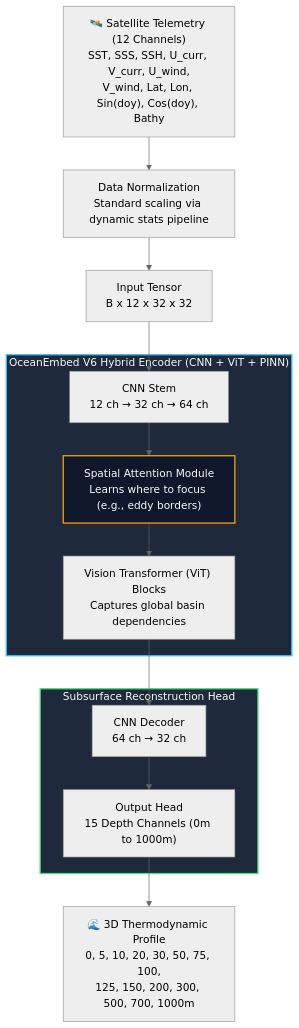
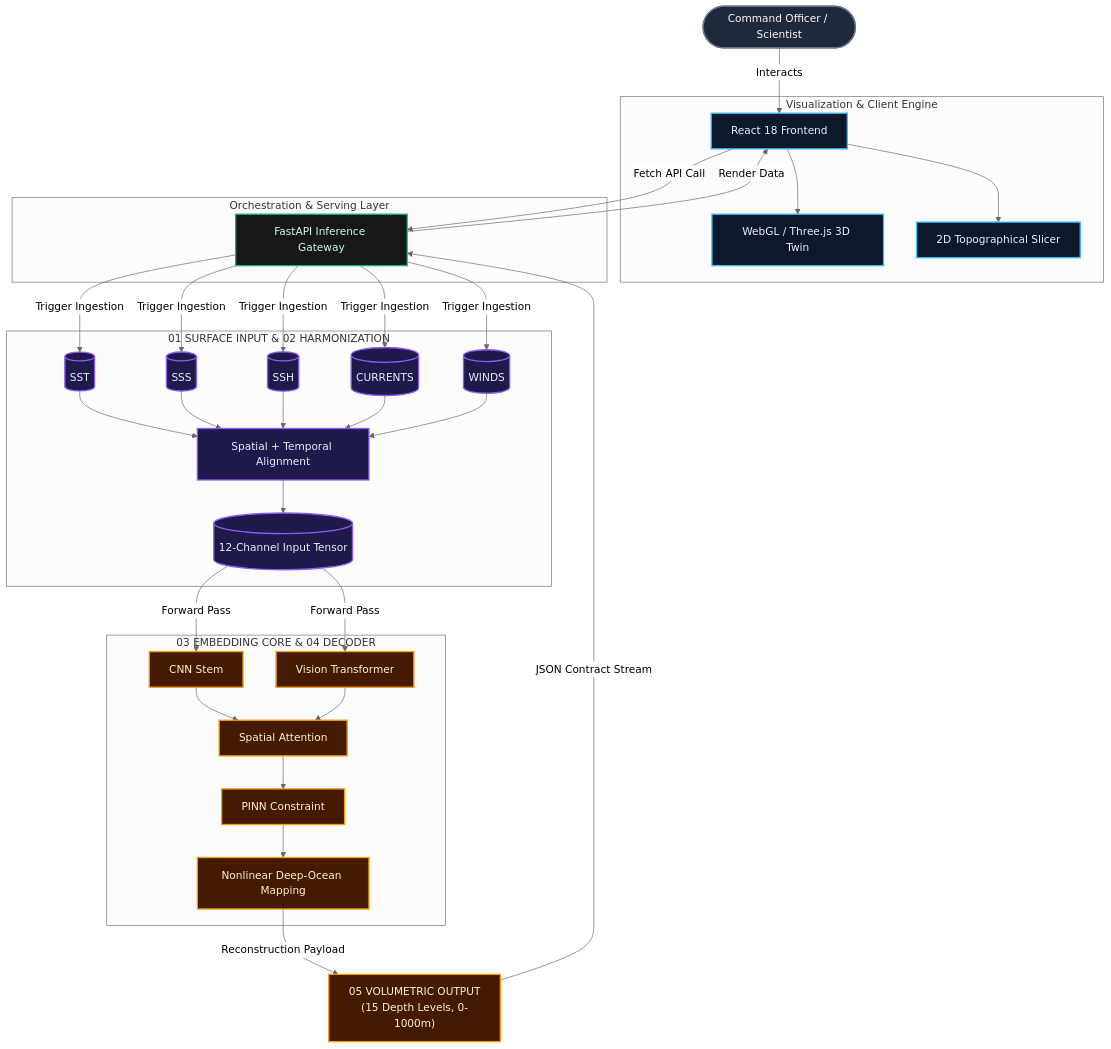
The diagram in README.md (Aditya6743/OceanEmbed), drawn with Mermaid (neutral theme) before and after one commit. The commit also changed 2 other files, not shown here.

Commit message:
fix: resolve Render pip build error and finalize documentation

````diff
--- a/README.md
+++ b/README.md
@@ -35,29 +35,68 @@
 ```mermaid
 flowchart TD
-    A["🛰️ Satellite Telemetry (12 Channels)\nSST, SSS, SSH, U_curr, V_curr, U_wind,\nV_wind, Lat, Lon, Sin(doy), Cos(doy), Bathy"] --> B
-
-    B["Data Normalization\nStandard scaling via dynamic stats pipeline"] --> C
-
-    C["Input Tensor\nB x 12 x 32 x 32"] --> D
-
-    subgraph ENCODER ["OceanEmbed V6 Hybrid Encoder (CNN + ViT + PINN)"]
-        D["CNN Stem\n12 ch → 32 ch → 64 ch"]
-        E["Spatial Attention Module\nLearns where to focus (e.g., eddy borders)"]
-        F["Vision Transformer (ViT) Blocks\nCaptures global basin dependencies"]
-        D --> E --> F
+    %% Complex Colored Styles
+    classDef actor fill:#1e293b,stroke:#64748b,stroke-width:2px,color:#f8fafc,rx:15px,ry:15px;
+    classDef interface fill:#0f172a,stroke:#38bdf8,stroke-width:2px,color:#e0f2fe;
+    classDef backend fill:#171717,stroke:#10b981,stroke-width:2px,color:#d1fae5;
+    classDef database fill:#1e1b4b,stroke:#8b5cf6,stroke-width:2px,color:#ede9fe;
+    classDef ml fill:#451a03,stroke:#f59e0b,stroke-width:2px,color:#fef3c7;
+    
+    USER(["Command Officer / Scientist"]):::actor
+    
+    %% Top Left
+    subgraph FRONTEND ["Visualization & Client Engine"]
+        UI["React 18 Frontend"]:::interface
+        WEBGL["WebGL / Three.js 3D Twin"]:::interface
+        SLICE["2D Topographical Slicer"]:::interface
+        
+        UI --> WEBGL
+        UI --> SLICE
     end
-
-    subgraph DECODER ["Subsurface Reconstruction Head"]
-        G["CNN Decoder\n64 ch → 32 ch"]
-        H["Output Head\n15 Depth Channels (0m to 1000m)"]
-        G --> H
+    
+    %% Top Right
+    subgraph API ["Orchestration & Serving Layer"]
+        GATEWAY["FastAPI Inference Gateway"]:::backend
     end
-
-    F --> G
-
-    H --> I["🌊 3D Thermodynamic Profile\n0, 5, 10, 20, 30, 50, 75, 100,\n125, 150, 200, 300, 500, 700, 1000m"]
-
-    style ENCODER fill:#1e293b,stroke:#38bdf8,stroke-width:2px,color:#f8fafc
-    style DECODER fill:#1e293b,stroke:#4ade80,stroke-width:2px,color:#f8fafc
-    style E fill:#0f172a,stroke:#f59e0b,stroke-width:2px,color:#f8fafc
+    
+    %% Bottom Left
+    subgraph DATA ["01 SURFACE INPUT & 02 HARMONIZATION"]
+        SST[("SST")]:::database
+        SSS[("SSS")]:::database
+        SSH[("SSH")]:::database
+        CUR[("CURRENTS")]:::database
+        WND[("WINDS")]:::database
+        
+        ALIGN["Spatial + Temporal Alignment"]:::database
+        TENSOR[("12-Channel Input Tensor")]:::database
+        
+        SST & SSS & SSH & CUR & WND --> ALIGN
+        ALIGN --> TENSOR
+    end
+    
+    %% Bottom Right
+    subgraph ML ["03 EMBEDDING CORE & 04 DECODER"]
+        CNN["CNN Stem"]:::ml
+        VIT["Vision Transformer"]:::ml
+        ATTN["Spatial Attention"]:::ml
+        PINN["PINN Constraint"]:::ml
+        DECODE["Nonlinear Deep-Ocean Mapping"]:::ml
+        
+        CNN --> ATTN
+        VIT --> ATTN
+        ATTN --> PINN
+        PINN --> DECODE
+    end
+    
+    %% Cross-Subgraph cycle to force square layout
+    USER -- "Interacts" --> UI
+    UI -- "Fetch API Call" --> GATEWAY
+    
+    GATEWAY -- "Trigger Ingestion" --> SST & SSS & SSH & CUR & WND
+    TENSOR -- "Forward Pass" --> CNN
+    TENSOR -- "Forward Pass" --> VIT
+    
+    DECODE -- "Reconstruction Payload" --> OUT["05 VOLUMETRIC OUTPUT
+(15 Depth Levels, 0-1000m)"]:::ml
+    OUT -- "JSON Contract Stream" --> GATEWAY
+    GATEWAY -- "Render Data" --> UI
 ```
````
